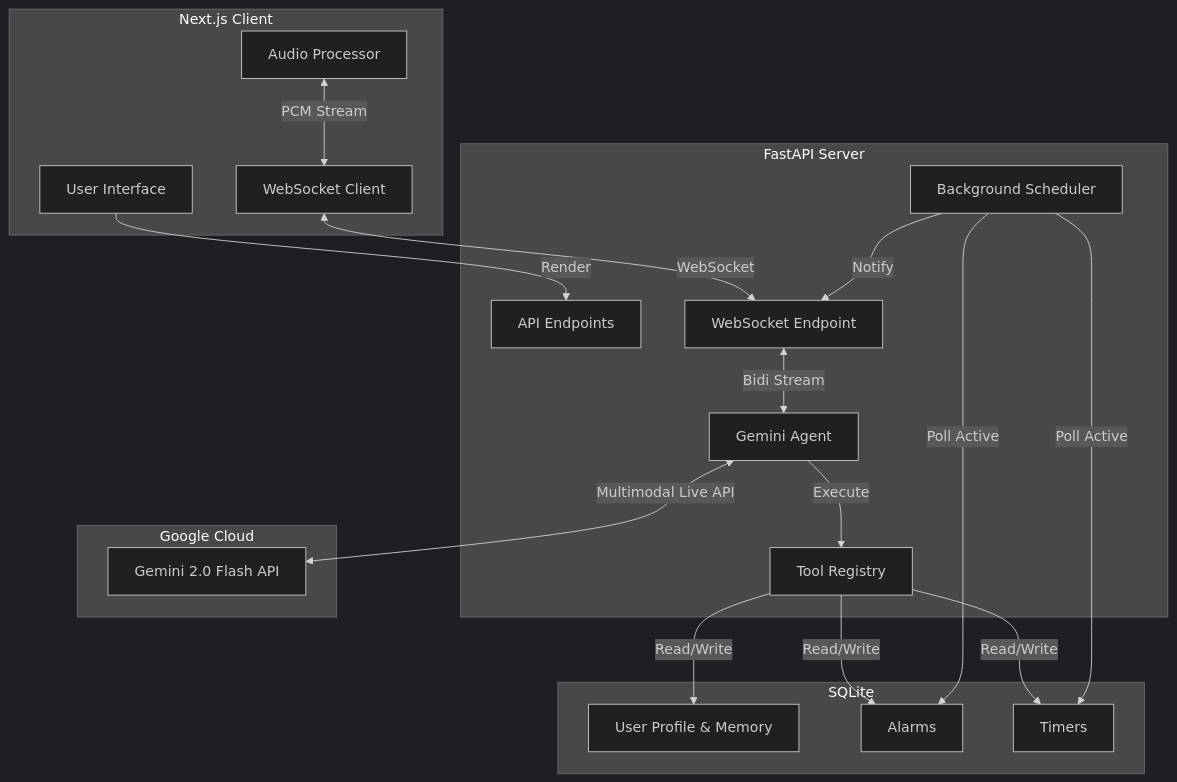
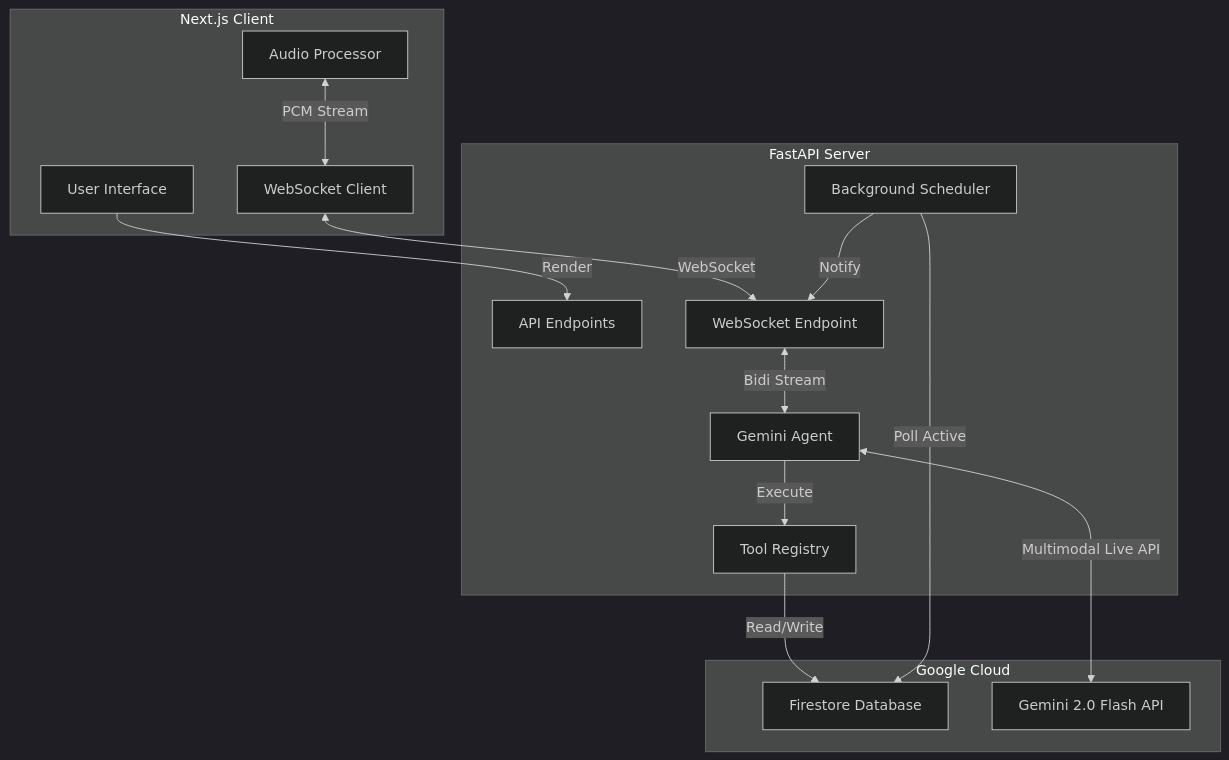
Before and after one commit to mkstmp/assistant_demo: the diagram in README.md, drawn with Mermaid (dark theme). The commit also changed other lines of this file, not shown here.

Commit message:
Update README with Firestore architecture and new env vars

````diff
--- a/README.md
+++ b/README.md
@@ -9,43 +9,35 @@
 ```mermaid
 graph TD
     subgraph Frontend [Next.js Client]
         UI[User Interface]
         Audio[Audio Processor]
         SocketClient[WebSocket Client]
     end
 
     subgraph Backend [FastAPI Server]
         API[API Endpoints]
         SocketServer[WebSocket Endpoint]
         Agent[Gemini Agent]
         Tools[Tool Registry]
         Scheduler[Background Scheduler]
     end
 
-    subgraph Database [SQLite]
-        UserTable[User Profile & Memory]
-        AlarmTable[Alarms]
-        TimerTable[Timers]
-    end
-
     subgraph Cloud [Google Cloud]
+        Firestore[Firestore Database]
         Gemini[Gemini 2.0 Flash API]
     end
 
     %% Connections
     UI -->|Render| API
     Audio <-->|PCM Stream| SocketClient
     SocketClient <-->|WebSocket| SocketServer
     
     SocketServer <-->|Bidi Stream| Agent
     Agent <-->|Multimodal Live API| Gemini
     
     Agent -->|Execute| Tools
-    Tools -->|Read/Write| UserTable
-    Tools -->|Read/Write| AlarmTable
-    Tools -->|Read/Write| TimerTable
+    Tools -->|Read/Write| Firestore
     
-    Scheduler -->|Poll Active| AlarmTable
-    Scheduler -->|Poll Active| TimerTable
+    Scheduler -->|Poll Active| Firestore
     Scheduler -->|Notify| SocketServer
 ```
````
